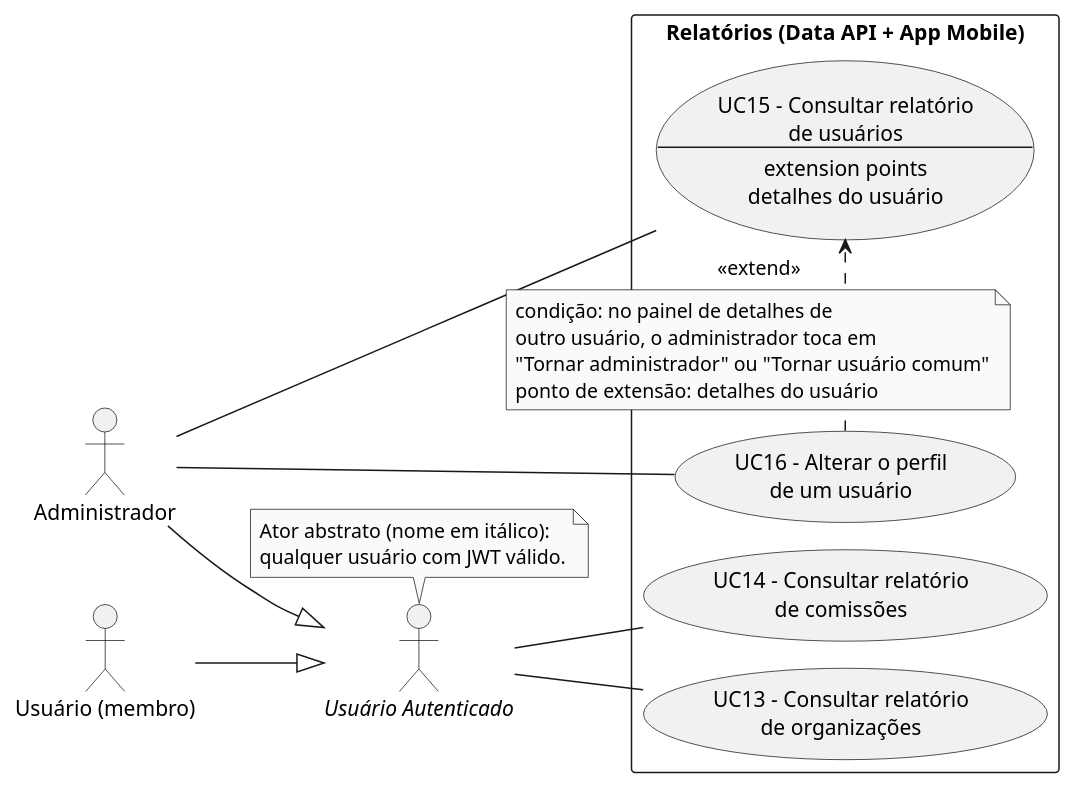
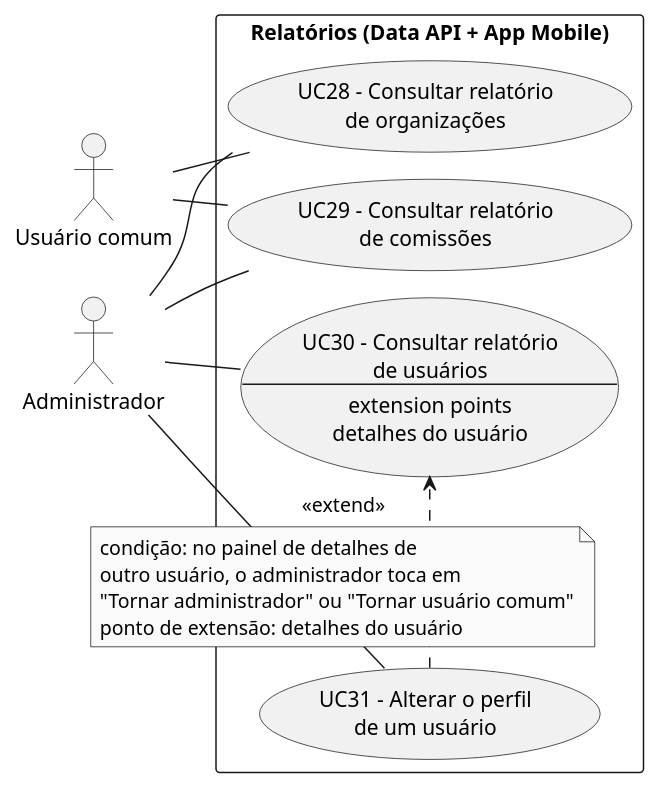
The diagram in documentos/entrega2_Di1/Diagramas/DCU-Relatorios.puml (MiguelIFSP/BRTPDS2-PROJETO-E-DESENVOLVIMENTO-DE-SISTEMAS-2), drawn with PlantUML before and after one commit. The commit also changed 123 other files, not shown here.

```diff
--- a/documentos/entrega2_Di1/Diagramas/DCU-Relatorios.puml
+++ b/documentos/entrega2_Di1/Diagramas/DCU-Relatorios.puml
@@ -1,42 +1,35 @@
 @startuml DCU-Relatorios
-' Diagrama de casos de uso (UML) — Relatórios de Usuários, Organizações e Comissões (UC13–UC16)
+' Diagrama de casos de uso (UML) — Relatórios de Usuários, Organizações e Comissões (UC28 a UC31)
 ' Gerar o SVG: java -jar plantuml.jar -tsvg "DCU-Relatorios.puml"
 !pragma layout smetana
 left to right direction
 skinparam shadowing false
 skinparam monochrome true
 skinparam defaultFontName Arial
 skinparam packageStyle rectangle
 
-actor "<i>Usuário Autenticado</i>" as AU
-actor "Usuário (membro)" as AUs
+actor "Usuário comum" as AUsu
 actor "Administrador" as AAdm
 
-AUs --|> AU
-AAdm --|> AU
-
 rectangle "Relatórios (Data API + App Mobile)" {
-  usecase "UC13 - Consultar relatório\nde organizações" as UC13
-  usecase "UC14 - Consultar relatório\nde comissões" as UC14
-  usecase "UC15 - Consultar relatório\nde usuários\n--\nextension points\ndetalhes do usuário" as UC15
-  usecase "UC16 - Alterar o perfil\nde um usuário" as UC16
+  usecase "UC28 - Consultar relatório\nde organizações" as UC28
+  usecase "UC29 - Consultar relatório\nde comissões" as UC29
+  usecase "UC30 - Consultar relatório\nde usuários\n--\nextension points\ndetalhes do usuário" as UC30
+  usecase "UC31 - Alterar o perfil\nde um usuário" as UC31
 }
 
-AU -- UC13
-AU -- UC14
-AAdm -- UC15
-AAdm -- UC16
+AUsu -- UC28
+AUsu -- UC29
+AAdm -- UC28
+AAdm -- UC29
+AAdm -- UC30
+AAdm -- UC31
 
-UC16 .> UC15 : <<extend>>
+UC31 .> UC30 : <<extend>>
 note on link
   condição: no painel de detalhes de
   outro usuário, o administrador toca em
   "Tornar administrador" ou "Tornar usuário comum"
   ponto de extensão: detalhes do usuário
 end note
-
-note top of AU
-  Ator abstrato (nome em itálico):
-  qualquer usuário com JWT válido.
-end note
 @enduml
```
